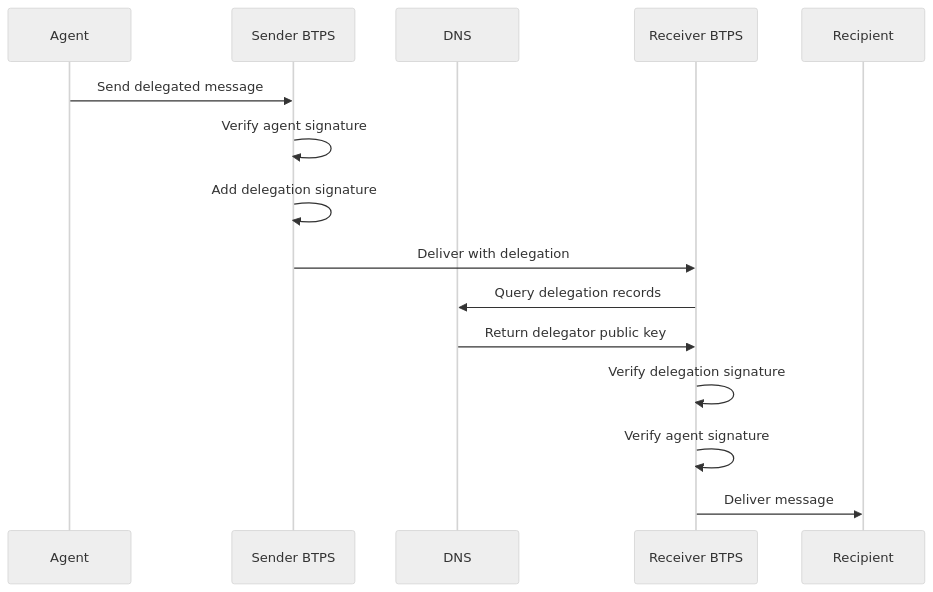
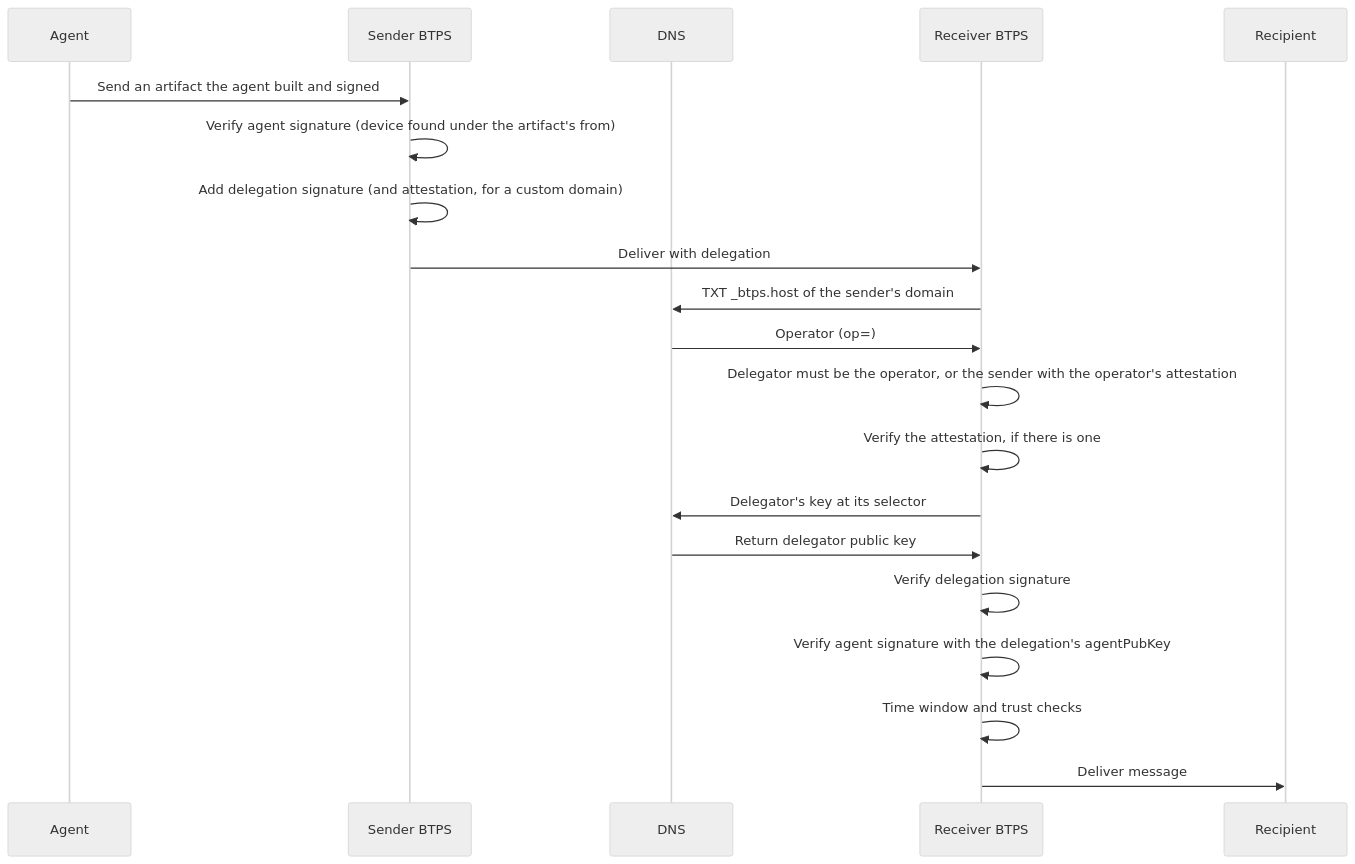
The diagram in docs/docusaurus/docs/protocol/delegation/overview.md (openbtps/btps-node), drawn with Mermaid (neutral theme) before and after one commit. The commit also changed 26 other files, not shown here.

First line of the commit message:
Docs: bring every diagram in line with 1.1

````diff
--- a/docs/docusaurus/docs/protocol/delegation/overview.md
+++ b/docs/docusaurus/docs/protocol/delegation/overview.md
@@ -24,18 +24,23 @@
 ```mermaid
 sequenceDiagram
     participant Agent
     participant Sender BTPS
     participant DNS
     participant Receiver BTPS
     participant Recipient
 
-    Agent->>Sender BTPS: Send delegated message
-    Sender BTPS->>Sender BTPS: Verify agent signature
-    Sender BTPS->>Sender BTPS: Add delegation signature
+    Agent->>Sender BTPS: Send an artifact the agent built and signed
+    Sender BTPS->>Sender BTPS: Verify agent signature (device found under the artifact's from)
+    Sender BTPS->>Sender BTPS: Add delegation signature (and attestation, for a custom domain)
     Sender BTPS->>Receiver BTPS: Deliver with delegation
-    Receiver BTPS->>DNS: Query delegation records
+    Receiver BTPS->>DNS: TXT _btps.host of the sender's domain
+    DNS->>Receiver BTPS: Operator (op=)
+    Receiver BTPS->>Receiver BTPS: Delegator must be the operator, or the sender with the operator's attestation
+    Receiver BTPS->>Receiver BTPS: Verify the attestation, if there is one
+    Receiver BTPS->>DNS: Delegator's key at its selector
     DNS->>Receiver BTPS: Return delegator public key
     Receiver BTPS->>Receiver BTPS: Verify delegation signature
-    Receiver BTPS->>Receiver BTPS: Verify agent signature
+    Receiver BTPS->>Receiver BTPS: Verify agent signature with the delegation's agentPubKey
+    Receiver BTPS->>Receiver BTPS: Time window and trust checks
     Receiver BTPS->>Recipient: Deliver message
 ```
````
